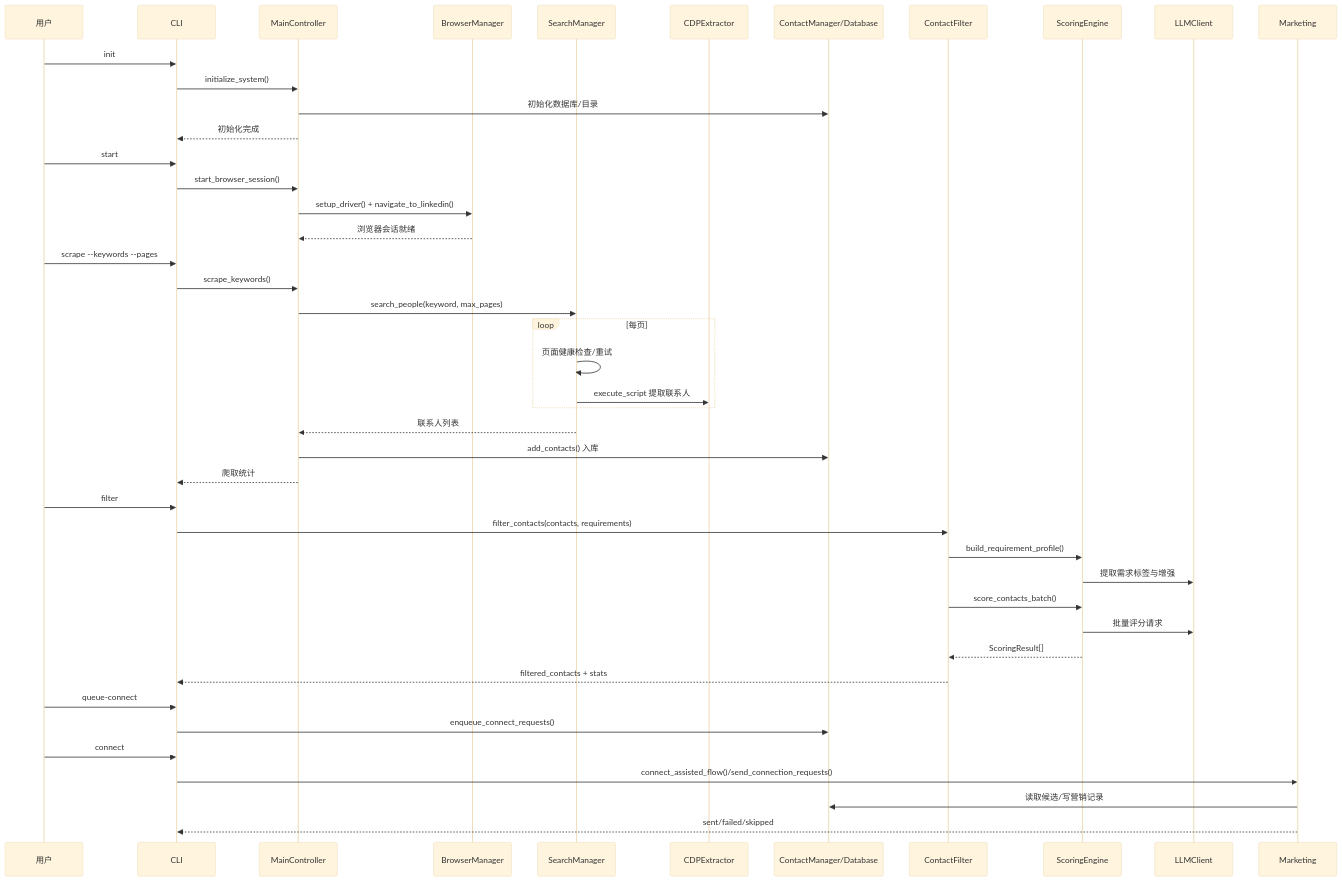
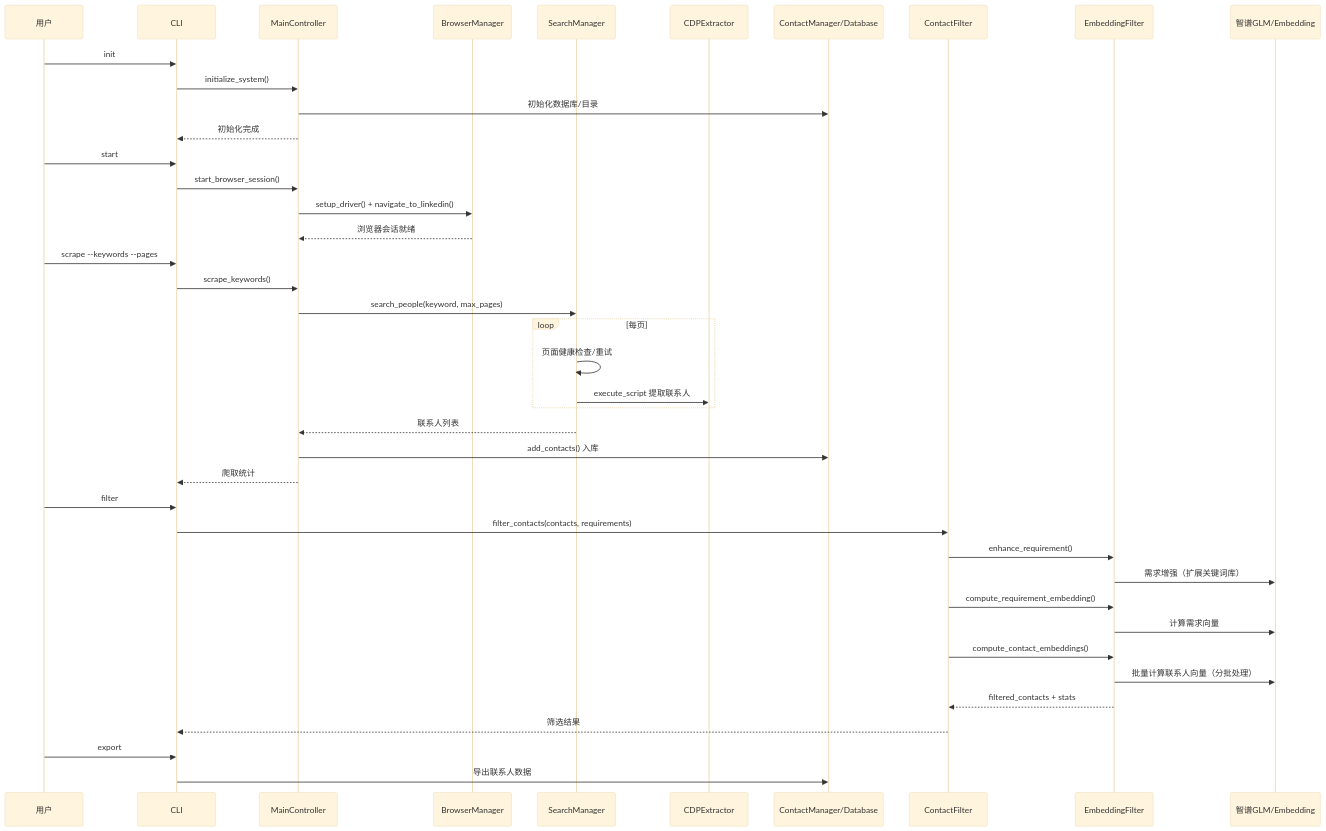
Before and after one commit to Geighlord007/ConNectar-Linkedin-Marketing: the second of 4 diagrams in 项目架构与数据流图.md, drawn with Mermaid (base theme). The commit also changed other lines of this file and 15 other files, not shown here.

````diff
--- a/项目架构与数据流图.md
+++ b/项目架构与数据流图.md
@@ -35,52 +34,48 @@
 ```mermaid
 sequenceDiagram
     participant User as 用户
     participant CLI as CLI
     participant MC as MainController
     participant BM as BrowserManager
     participant SM as SearchManager
     participant EX as CDPExtractor
     participant DB as ContactManager/Database
     participant CF as ContactFilter
-    participant SE as ScoringEngine
-    participant LLM as LLMClient
-    participant MK as Marketing
+    participant EF as EmbeddingFilter
+    participant LLM as 智谱GLM/Embedding
 
     User->>CLI: init
     CLI->>MC: initialize_system()
     MC->>DB: 初始化数据库/目录
     MC-->>CLI: 初始化完成
 
     User->>CLI: start
     CLI->>MC: start_browser_session()
     MC->>BM: setup_driver() + navigate_to_linkedin()
     BM-->>MC: 浏览器会话就绪
 
     User->>CLI: scrape --keywords --pages
     CLI->>MC: scrape_keywords()
     MC->>SM: search_people(keyword, max_pages)
     loop 每页
         SM->>SM: 页面健康检查/重试
         SM->>EX: execute_script 提取联系人
     end
     SM-->>MC: 联系人列表
     MC->>DB: add_contacts() 入库
     MC-->>CLI: 爬取统计
 
     User->>CLI: filter
     CLI->>CF: filter_contacts(contacts, requirements)
-    CF->>SE: build_requirement_profile()
-    SE->>LLM: 提取需求标签与增强
-    CF->>SE: score_contacts_batch()
-    SE->>LLM: 批量评分请求
-    SE-->>CF: ScoringResult[]
-    CF-->>CLI: filtered_contacts + stats
+    CF->>EF: enhance_requirement()
+    EF->>LLM: 需求增强（扩展关键词库）
+    CF->>EF: compute_requirement_embedding()
+    EF->>LLM: 计算需求向量
+    CF->>EF: compute_contact_embeddings()
+    EF->>LLM: 批量计算联系人向量（分批处理）
+    EF-->>CF: filtered_contacts + stats
+    CF-->>CLI: 筛选结果
 
-    User->>CLI: queue-connect
-    CLI->>DB: enqueue_connect_requests()
-
-    User->>CLI: connect
-    CLI->>MK: connect_assisted_flow()/send_connection_requests()
-    MK->>DB: 读取候选/写营销记录
-    MK-->>CLI: sent/failed/skipped
+    User->>CLI: export
+    CLI->>DB: 导出联系人数据
 ```
````
